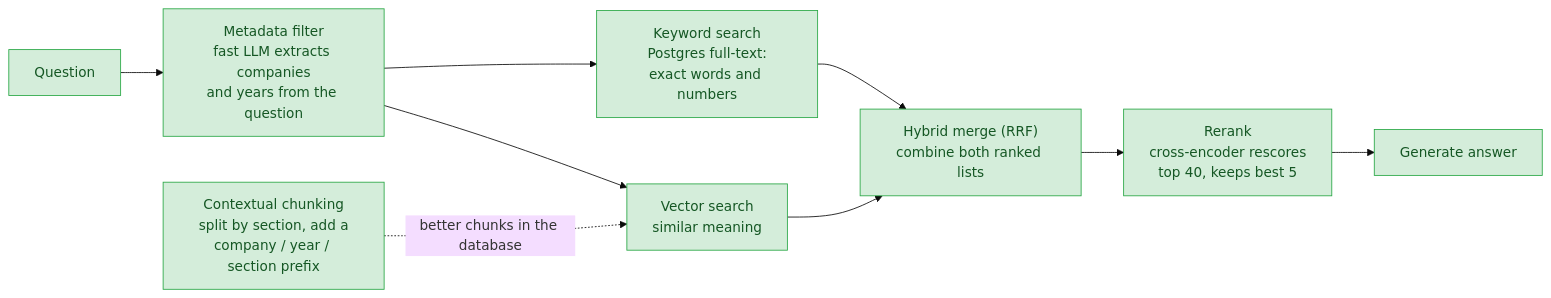
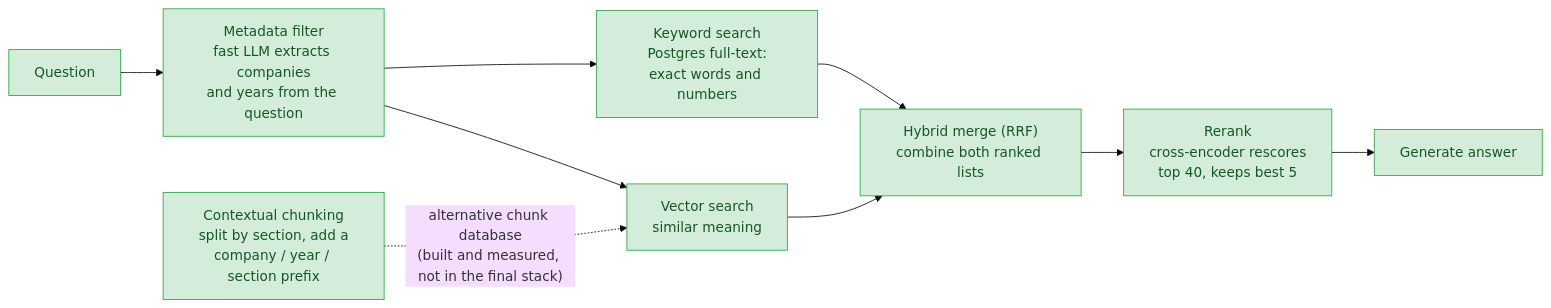
The third of 6 diagrams in README.md (madeleine68/Reportlens), drawn with Mermaid (base theme) before and after one commit. The commit also changed other lines of this file and 4 other files, not shown here.

````diff
--- a/README.md
+++ b/README.md
@@ -157,15 +169,15 @@
 ```mermaid
 flowchart LR
     q["Question"] --> filt["Metadata filter<br/>fast LLM extracts companies<br/>and years from the question"]
     filt --> vec["Vector search<br/>similar meaning"]
     filt --> kw["Keyword search<br/>Postgres full-text:<br/>exact words and numbers"]
     vec --> rrf["Hybrid merge (RRF)<br/>combine both ranked lists"]
     kw --> rrf
     rrf --> rerank["Rerank<br/>cross-encoder rescores<br/>top 40, keeps best 5"]
     rerank --> gen["Generate answer"]
-    ctx["Contextual chunking<br/>split by section, add a<br/>company / year / section prefix"] -.->|"better chunks in the database"| vec
+    ctx["Contextual chunking<br/>split by section, add a<br/>company / year / section prefix"] -.->|"alternative chunk database<br/>(built and measured, not in the final stack)"| vec
 
     classDef planned fill:#f1f3f5,stroke:#868e96,color:#495057,stroke-dasharray: 5 5
     classDef done fill:#d4edda,stroke:#28a745,color:#155724
     class q,filt,vec,kw,rrf,rerank,gen,ctx done
 ```
````
